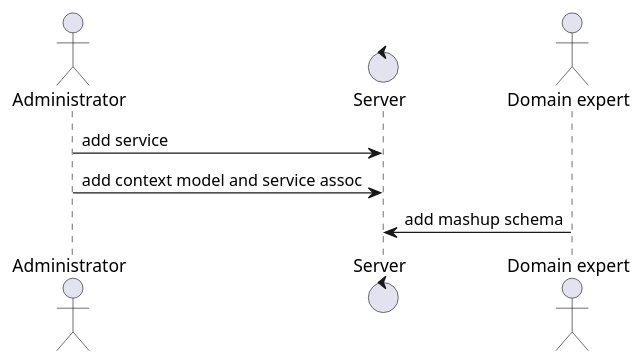
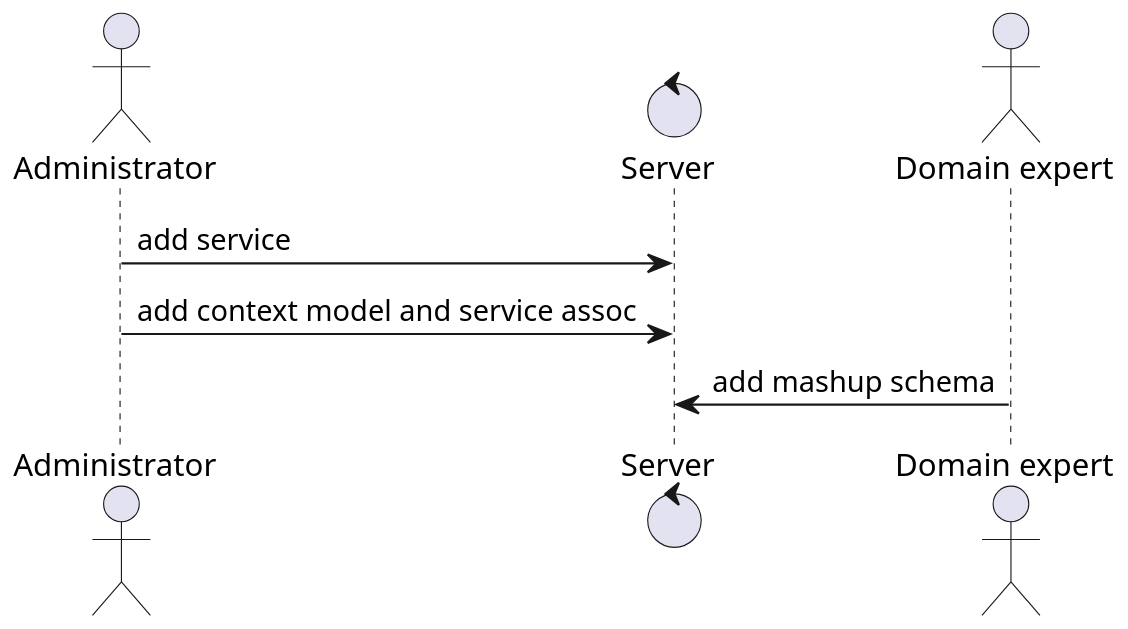
One commit to vzaccaria/icwe16-slides changed the third of 3 diagrams in le_introduzione.org. Above: the diagram before and after it, drawn with PlantUML. The commit also changed other lines of this file and 6 other files, not shown here.

```diff
--- a/le_introduzione.org
+++ b/le_introduzione.org
@@ -155,10 +97,11 @@
 #+begin_src plantuml :file images/designtime.png :exports results :cache yes
 @startuml
+scale 900 width
 actor "Administrator"
 control "Server"
 actor "Domain expert"
 "Administrator" -> "Server" : add service
 "Administrator" -> "Server" : add context model and service assoc
 "Domain expert" -> "Server" : add mashup schema 
 @enduml
 #+end_src
```
